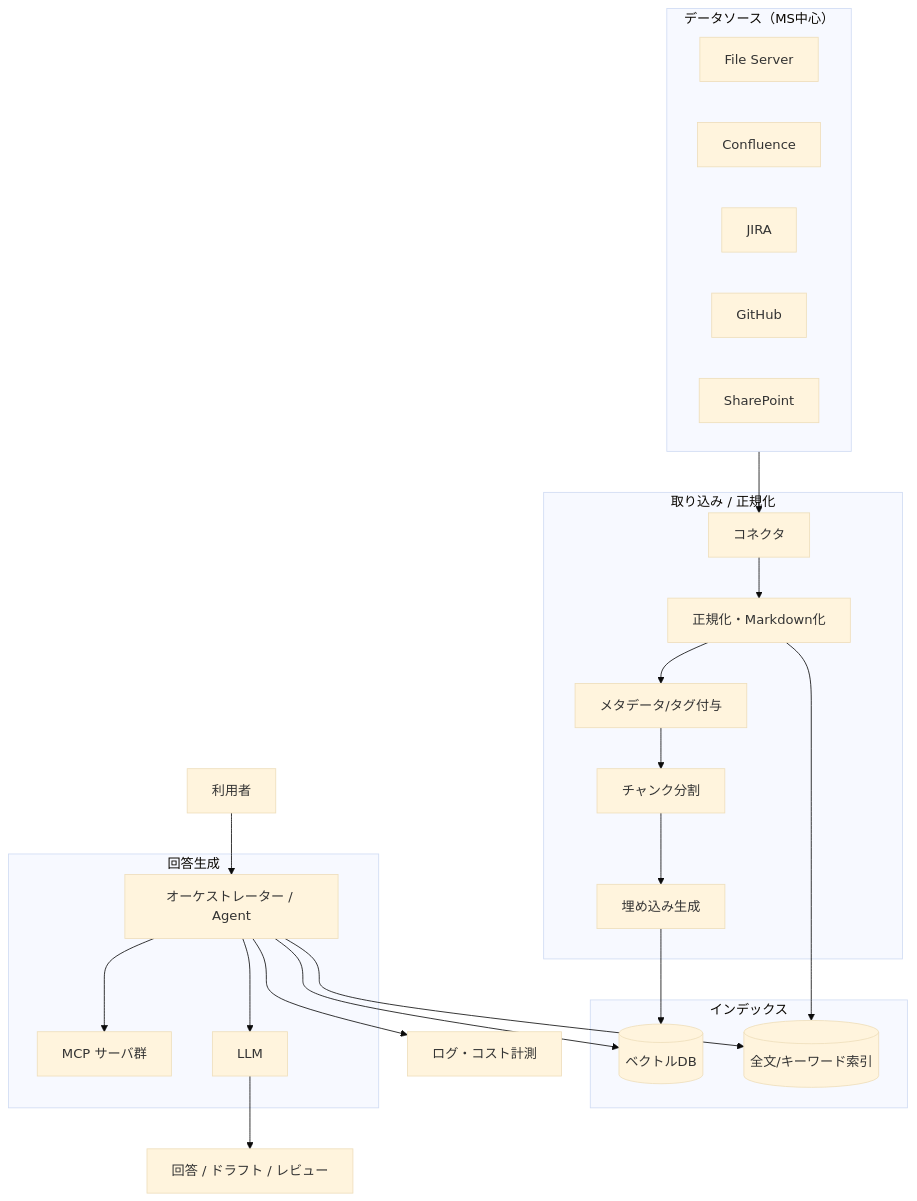
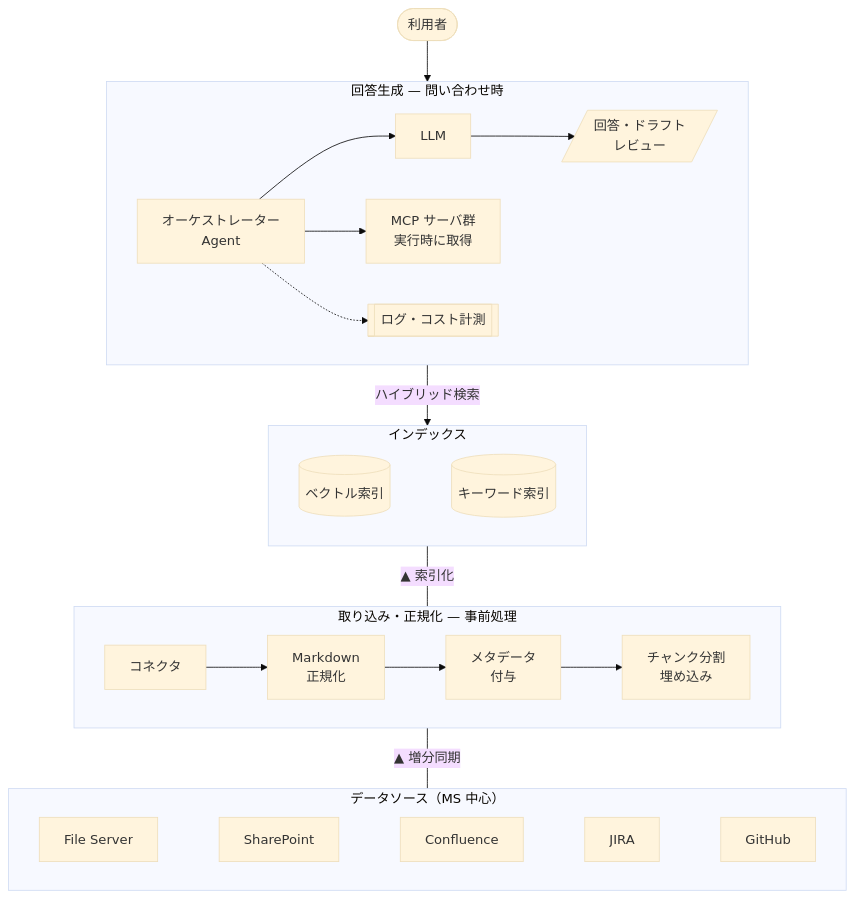
Before and after one commit to mike-sugimoto/ai-tech-notes: the first of 2 diagrams in src/content/docs/overview/architecture.md, drawn with Mermaid (base theme). The commit also changed other lines of this file and 3 other files, not shown here.

First line of the commit message:
Refresh Mermaid diagram styling and overview chapter content

````diff
--- a/src/content/docs/overview/architecture.md
+++ b/src/content/docs/overview/architecture.md
@@ -15,39 +16,31 @@
 ```mermaid
 flowchart TB
-    subgraph Sources["データソース（MS中心）"]
-        FS[File Server]
-        CF[Confluence]
-        JR[JIRA]
-        GH[GitHub]
-        SP[SharePoint]
-    end
+    User([利用者])
 
-    subgraph Ingest["取り込み / 正規化"]
-        CN[コネクタ] --> NM[正規化・Markdown化]
-        NM --> MT[メタデータ/タグ付与]
-        MT --> CH[チャンク分割]
-        CH --> EMB[埋め込み生成]
+    subgraph Serve["回答生成 — 問い合わせ時"]
+        direction LR
+        ORCH[オーケストレーター<br/>Agent] --> LLM[LLM] --> Ans[/回答・ドラフト<br/>レビュー/]
+        ORCH --> MCP[MCP サーバ群<br/>実行時に取得]
+        ORCH -.-> OBS[[ログ・コスト計測]]
     end
 
     subgraph Store["インデックス"]
-        VDB[(ベクトルDB)]
-        KW[(全文/キーワード索引)]
+        direction LR
+        VDB[(ベクトル索引)] ~~~ KW[(キーワード索引)]
     end
 
-    subgraph Serve["回答生成"]
-        ORCH[オーケストレーター / Agent]
-        MCP[MCP サーバ群]
-        LLM[LLM]
+    subgraph Ingest["取り込み・正規化 — 事前処理"]
+        direction LR
+        CN[コネクタ] --> NM[Markdown<br/>正規化] --> MT[メタデータ<br/>付与] --> CH[チャンク分割<br/>埋め込み]
     end
 
-    Sources --> CN
-    EMB --> VDB
-    NM --> KW
-    User[利用者] --> ORCH
-    ORCH --> VDB
-    ORCH --> KW
-    ORCH --> MCP
-    ORCH --> LLM
-    LLM --> Ans[回答 / ドラフト / レビュー]
-    ORCH --> OBS[ログ・コスト計測]
+    subgraph Sources["データソース（MS 中心）"]
+        direction LR
+        FS[File Server] ~~~ SP[SharePoint] ~~~ CF[Confluence] ~~~ JR[JIRA] ~~~ GH[GitHub]
+    end
+
+    User --> Serve
+    Serve -- ハイブリッド検索 --> Store
+    Store ---|▲ 索引化| Ingest
+    Ingest ---|▲ 増分同期| Sources
 ```
````
